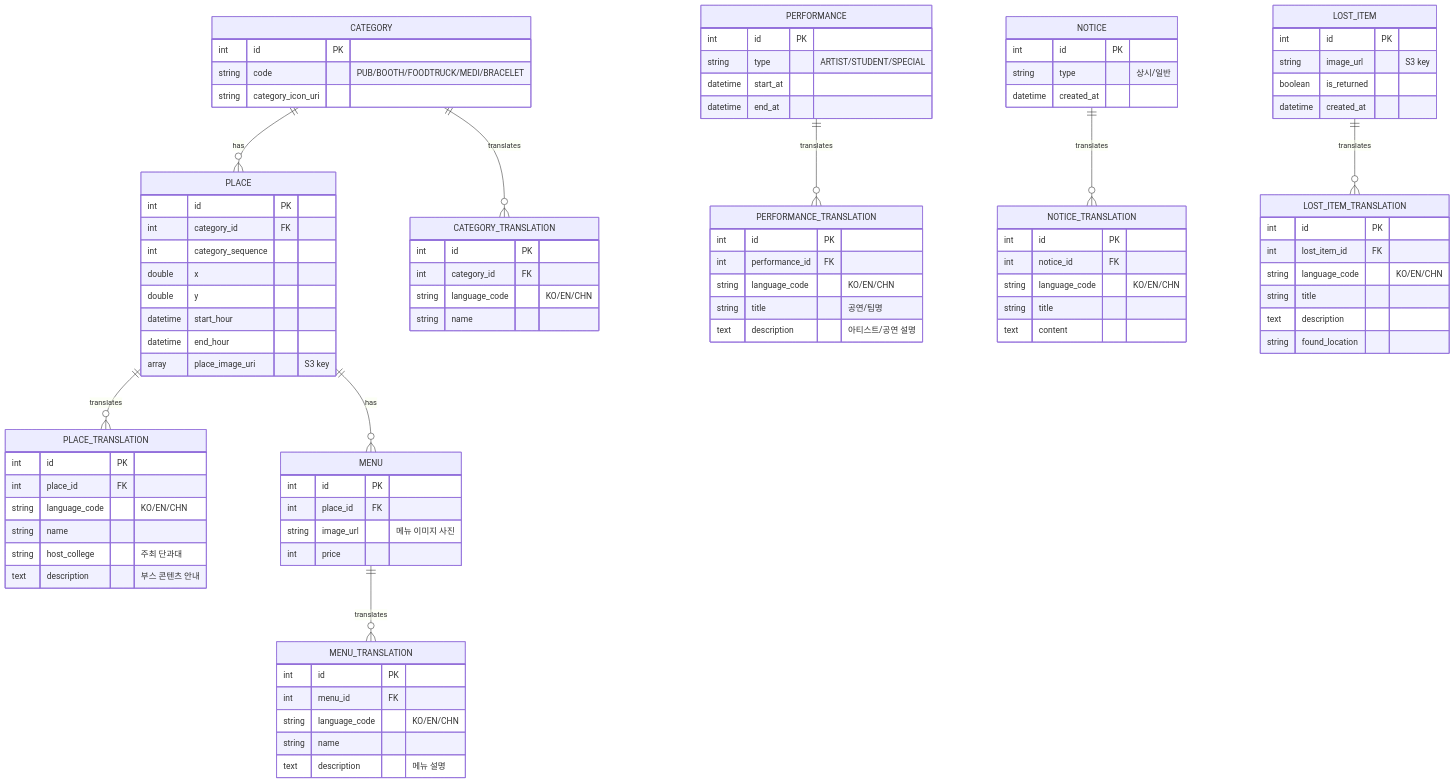
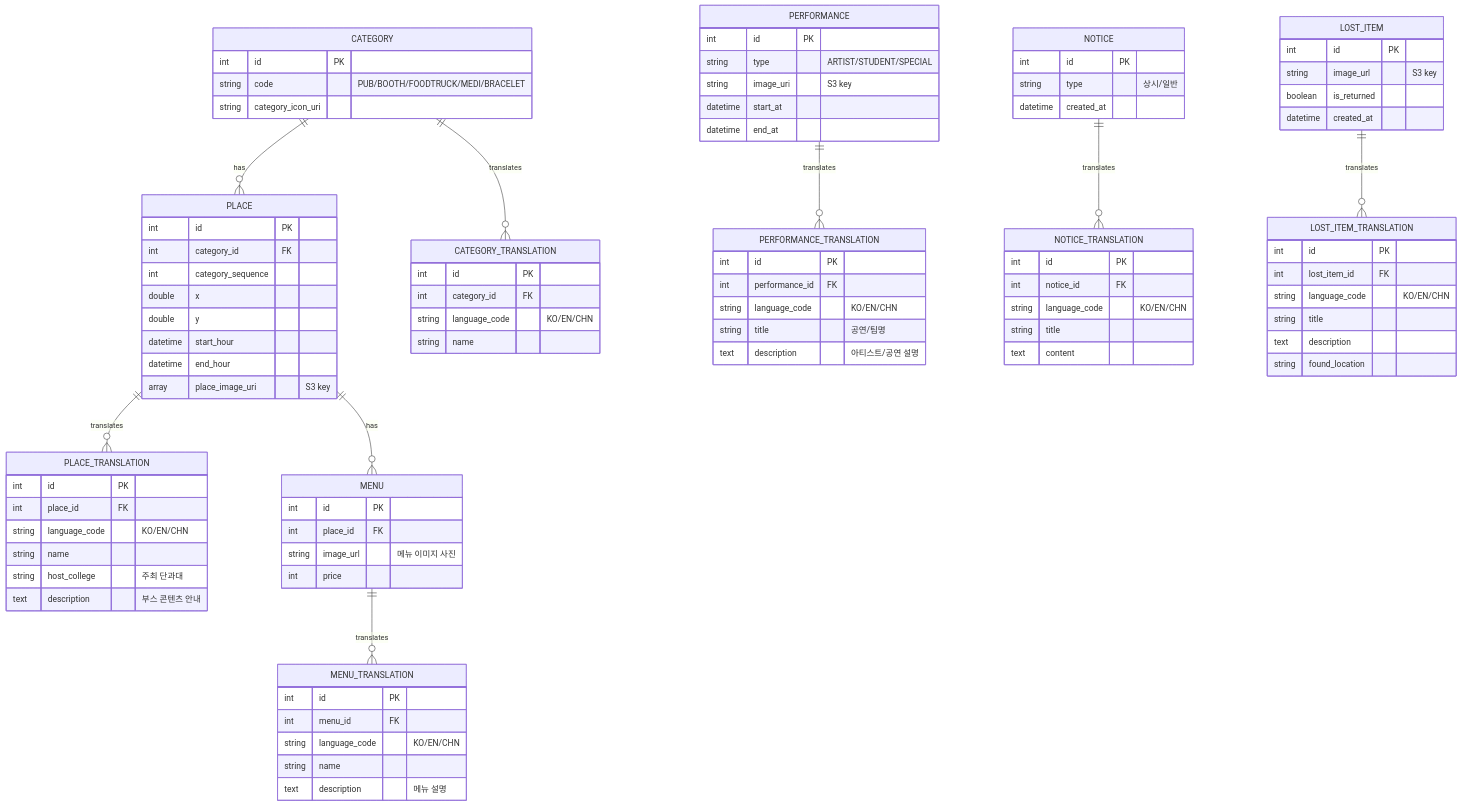
Before and after one commit to Quinquatria-site/web: the diagram in apps/admin/docs/prd.md, drawn with Mermaid. The commit also changed other lines of this file, not shown here.

First line of the commit message:
docs: ERD 갱신분 반영 — PERFORMANCE.image_uri 추가

```diff
--- a/apps/admin/docs/prd.md
+++ b/apps/admin/docs/prd.md
@@ -184,6 +187,7 @@
   PERFORMANCE {
     int id PK
     string type "ARTIST/STUDENT/SPECIAL"
+    string image_uri "S3 key"
     datetime start_at
     datetime end_at
   }
```
